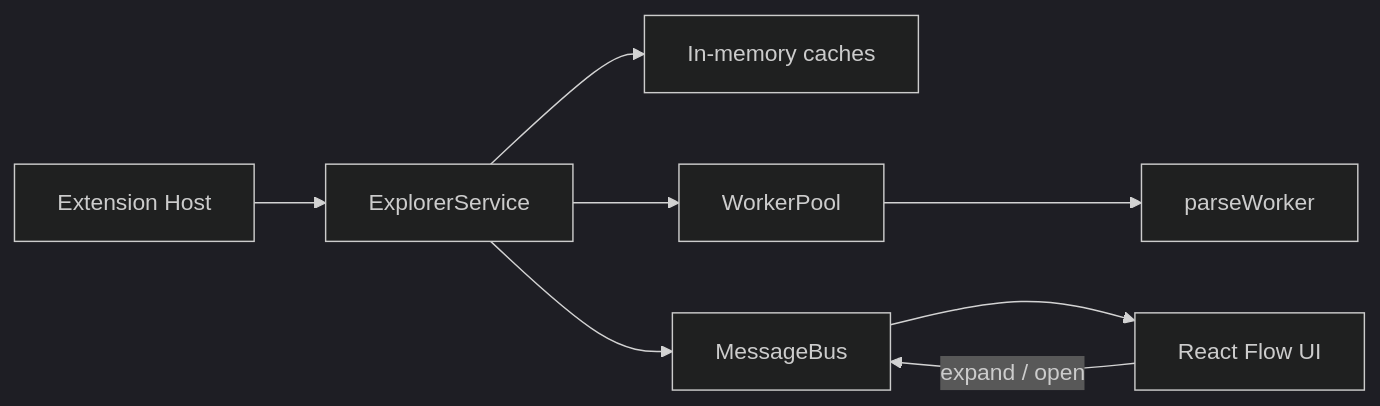
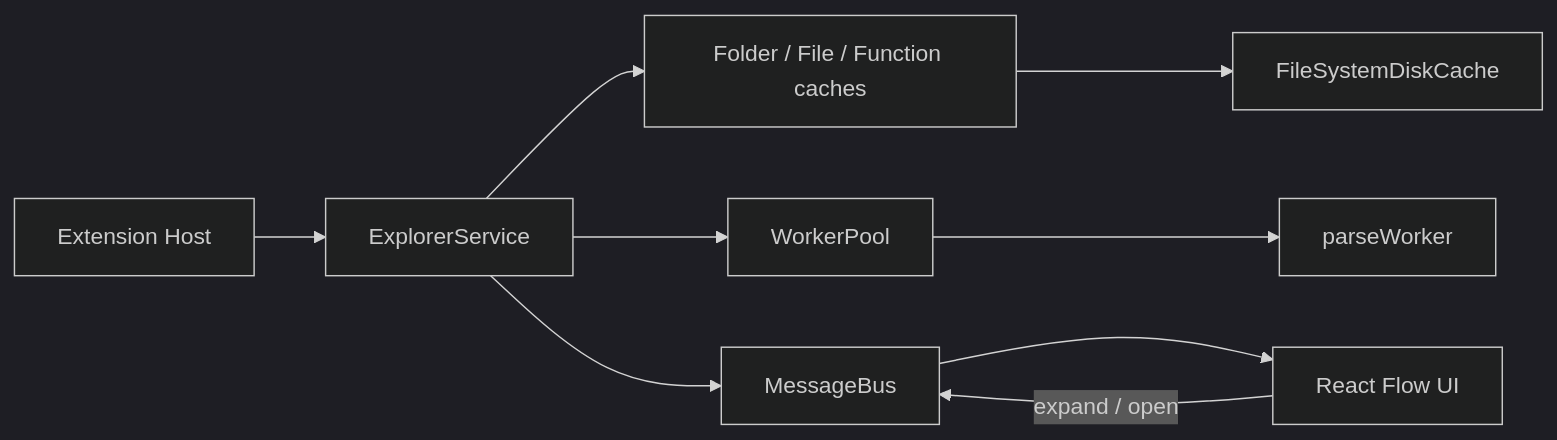
One commit to nipulsh/codemap changed the diagram in docs/README.md. Above: the diagram before and after it, drawn with Mermaid (dark theme). The commit also changed other lines of this file and 21 other files, not shown here.

First line of the commit message:
Add disk-backed file cache, multi-worker pool, and professional docs.

````diff
--- a/docs/README.md
+++ b/docs/README.md
@@ -15,10 +15,11 @@
 ```mermaid
 flowchart LR
   Host[Extension Host] --> Explorer[ExplorerService]
-  Explorer --> Caches[In-memory caches]
+  Explorer --> Caches[Folder / File / Function caches]
+  Caches --> Disk[FileSystemDiskCache]
   Explorer --> Pool[WorkerPool]
   Pool --> Worker[parseWorker]
   Explorer --> Bus[MessageBus]
   Bus --> Webview[React Flow UI]
   Webview -->|expand / open| Bus
 ```
````
